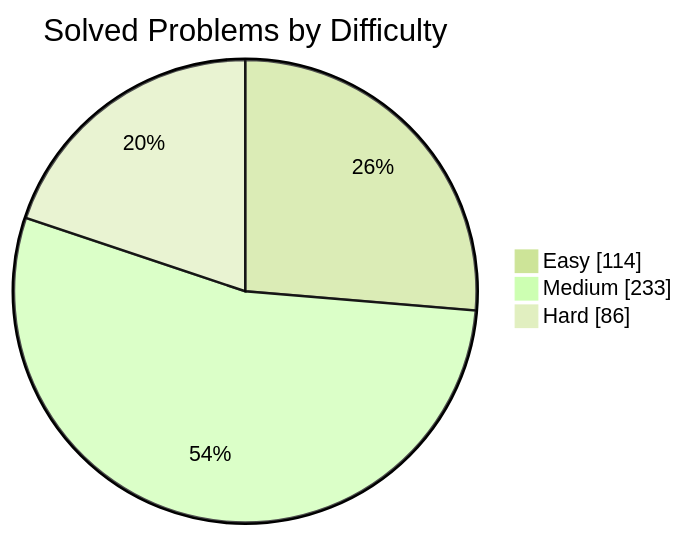
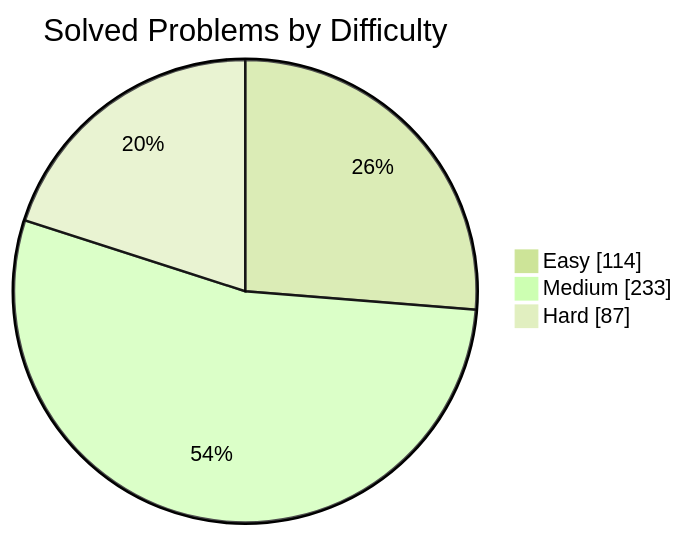
Before and after one commit to manikantbindass/DSA-Preparation-FAANG: the first of 2 diagrams in README.md, drawn with Mermaid (forest theme). The commit also changed other lines of this file and 1 other file, not shown here.

````diff
--- a/README.md
+++ b/README.md
@@ -77,7 +77,7 @@
 ```mermaid
 pie showData
     title Solved Problems by Difficulty
     "Easy" : 114
     "Medium" : 233
-    "Hard" : 86
+    "Hard" : 87
 ```
````
